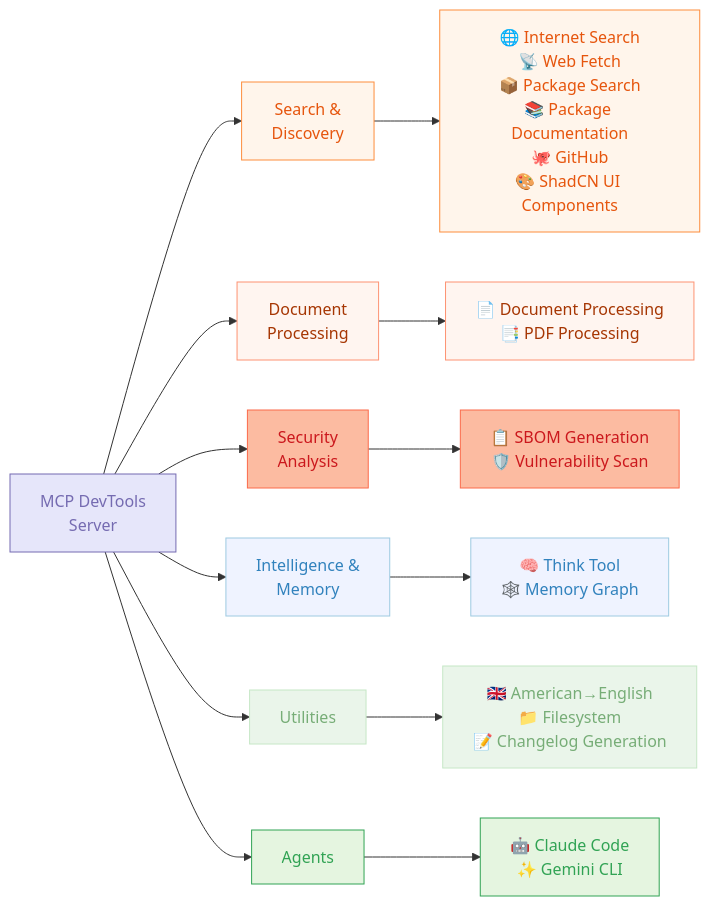
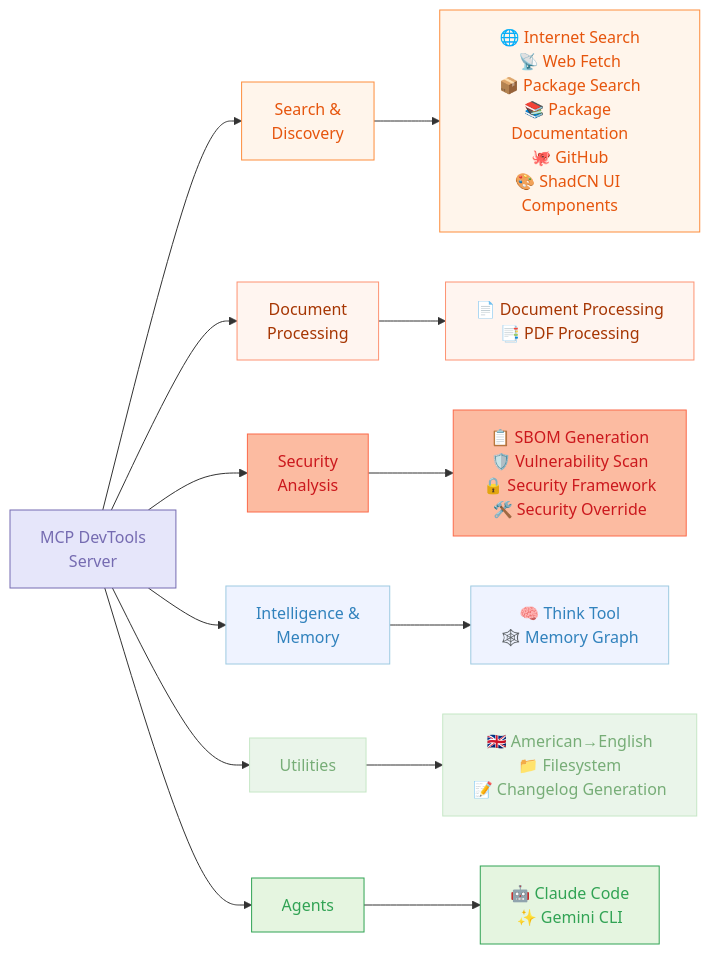
One commit to sammcj/mcp-devtools changed the diagram in README.md. Above: the diagram before and after it, drawn with Mermaid. The commit also changed other lines of this file and 60 other files, not shown here.

````diff
--- a/README.md
+++ b/README.md
@@ -5,42 +5,42 @@
 ```mermaid
 graph LR
     A[MCP DevTools<br>Server]
 
     A --> B[Search &<br>Discovery]
     A --> C[Document<br>Processing]
     A --> D[Security<br>Analysis]
     A --> E[Intelligence &<br>Memory]
     A --> F[Utilities]
     A --> G[Agents]
 
     B --> B_Tools[🌐 Internet Search<br>📡 Web Fetch<br>📦 Package Search<br>📚 Package Documentation<br>🐙 GitHub<br>🎨 ShadCN UI Components]
 
     C --> C_Tools[📄 Document Processing<br>📑 PDF Processing]
 
-    D --> D_Tools[📋 SBOM Generation<br>🛡️ Vulnerability Scan]
+    D --> D_Tools[📋 SBOM Generation<br>🛡️ Vulnerability Scan<br>🔒 Security Framework<br>🛠️ Security Override]
 
     E --> E_Tools[🧠 Think Tool<br>🕸️ Memory Graph]
 
     F --> F_Tools[🇬🇧 American→English<br>📁 Filesystem<br>📝 Changelog Generation]
 
     G --> G_Tools[🤖 Claude Code<br>✨ Gemini CLI]
 
     classDef inputOutput fill:#FEE0D2,stroke:#E6550D,color:#E6550D
     classDef llm fill:#E5F5E0,stroke:#31A354,color:#31A354
     classDef components fill:#E6E6FA,stroke:#756BB1,color:#756BB1
     classDef process fill:#EAF5EA,stroke:#C6E7C6,color:#77AD77
     classDef stop fill:#E5E1F2,stroke:#C7C0DE,color:#8471BF
     classDef data fill:#EFF3FF,stroke:#9ECAE1,color:#3182BD
     classDef decision fill:#FFF5EB,stroke:#FD8D3C,color:#E6550D
     classDef storage fill:#F2F0F7,stroke:#BCBDDC,color:#756BB1
     classDef api fill:#FFF5F0,stroke:#FD9272,color:#A63603
     classDef error fill:#FCBBA1,stroke:#FB6A4A,color:#CB181D
 
     class A components
     class B,B_Tools decision
     class C,C_Tools api
     class D,D_Tools error
     class E,E_Tools data
     class F,F_Tools process
     class G,G_Tools llm
 ```
````
